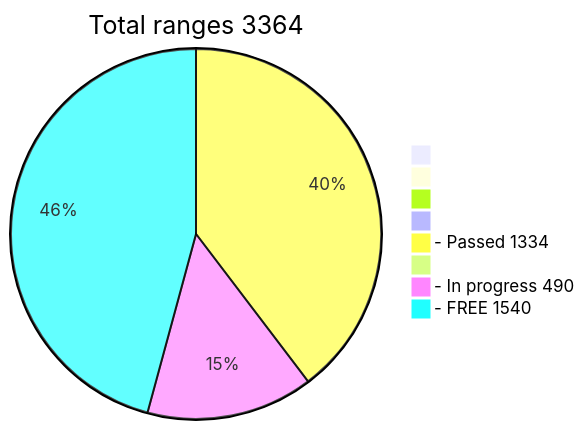
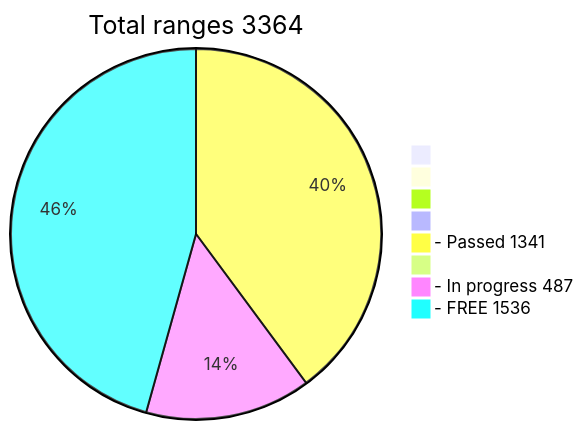
The diagram in README.md (phrutis/wif500), drawn with Mermaid before and after one commit.

````diff
--- a/README.md
+++ b/README.md
@@ -16,12 +16,12 @@
 ```mermaid
 pie title Total ranges 3364
              " " : 0
             "  " : 0
            "   " : 0
           "    " : 0
-  "- Passed 1334" : 1334
+  "- Passed 1341" : 1341
          "     " : 0
-  "- In progress 490" : 490
-   "- FREE 1540" : 1540
+  "- In progress 487" : 487
+   "- FREE 1536" : 1536
    
 ```
````
